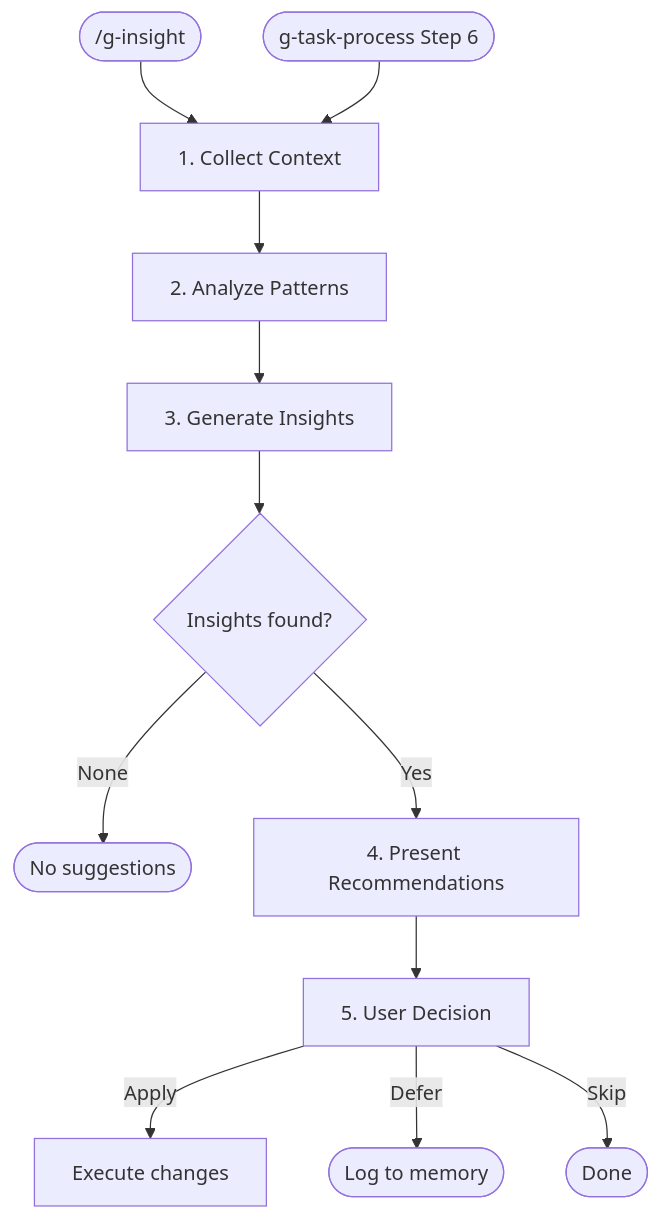
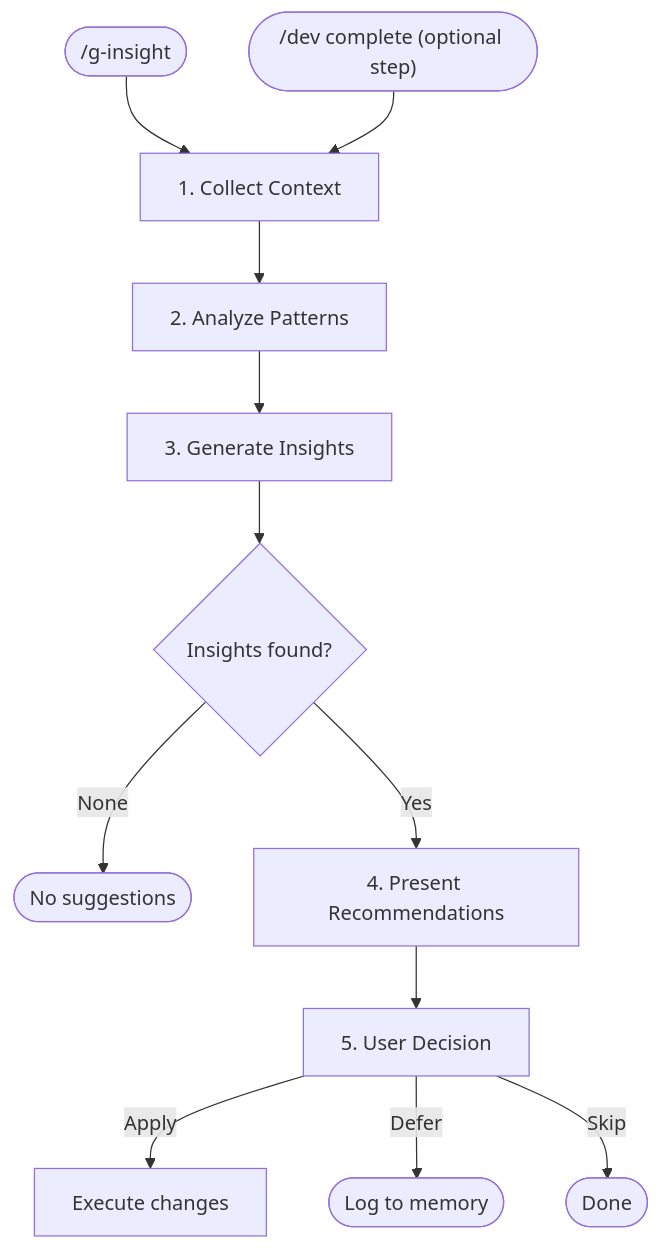
The diagram in skills/insight/SKILL.md (gloriaJun/grimoire), drawn with Mermaid before and after one commit. The commit also changed other lines of this file and 4 other files, not shown here.

````diff
--- a/skills/insight/SKILL.md
+++ b/skills/insight/SKILL.md
@@ -18,14 +18,14 @@
 ```mermaid
 flowchart TD
     A1(["/g-insight"]) --> C
-    A2(["g-task-process Step 6"]) --> C
+    A2(["/dev complete (optional step)"]) --> C
     C["1. Collect Context"] --> D["2. Analyze Patterns"]
     D --> E["3. Generate Insights"]
     E --> F{"Insights found?"}
     F -- None --> G(["No suggestions"])
     F -- Yes --> H["4. Present Recommendations"]
     H --> I["5. User Decision"]
     I -- Apply --> J["Execute changes"]
     I -- Defer --> K(["Log to memory"])
     I -- Skip --> L(["Done"])
 ```
````
